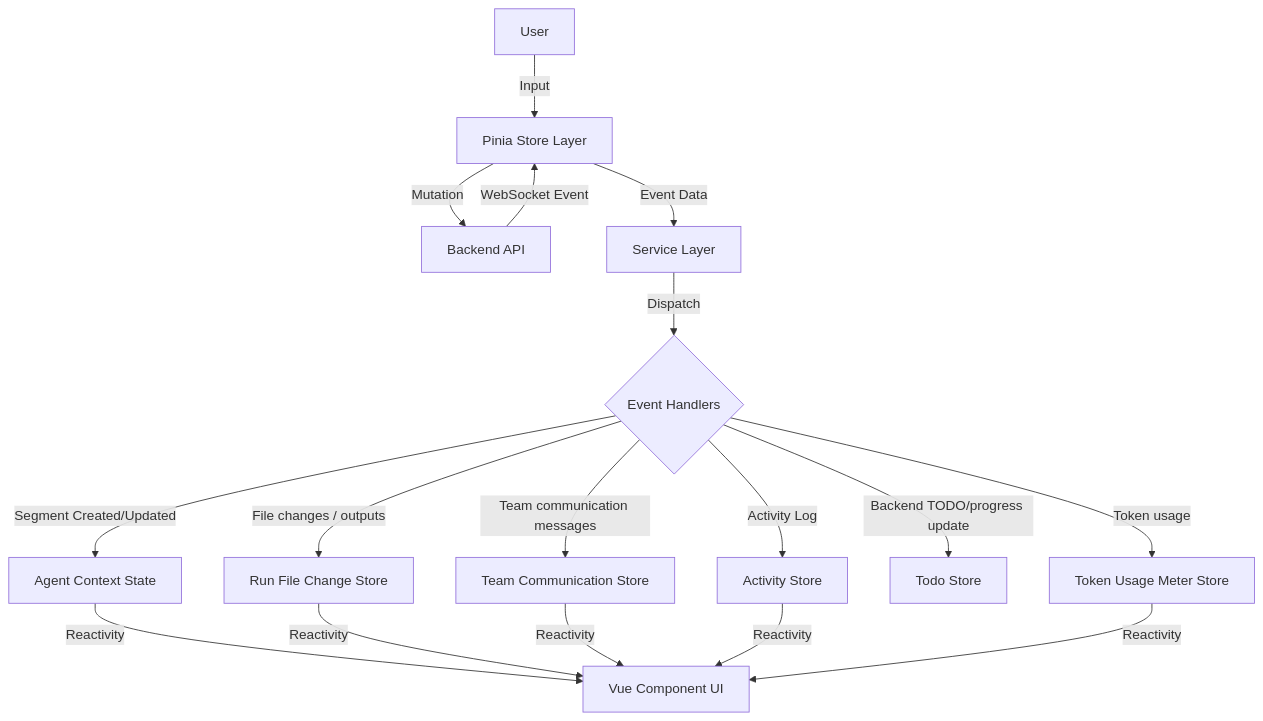
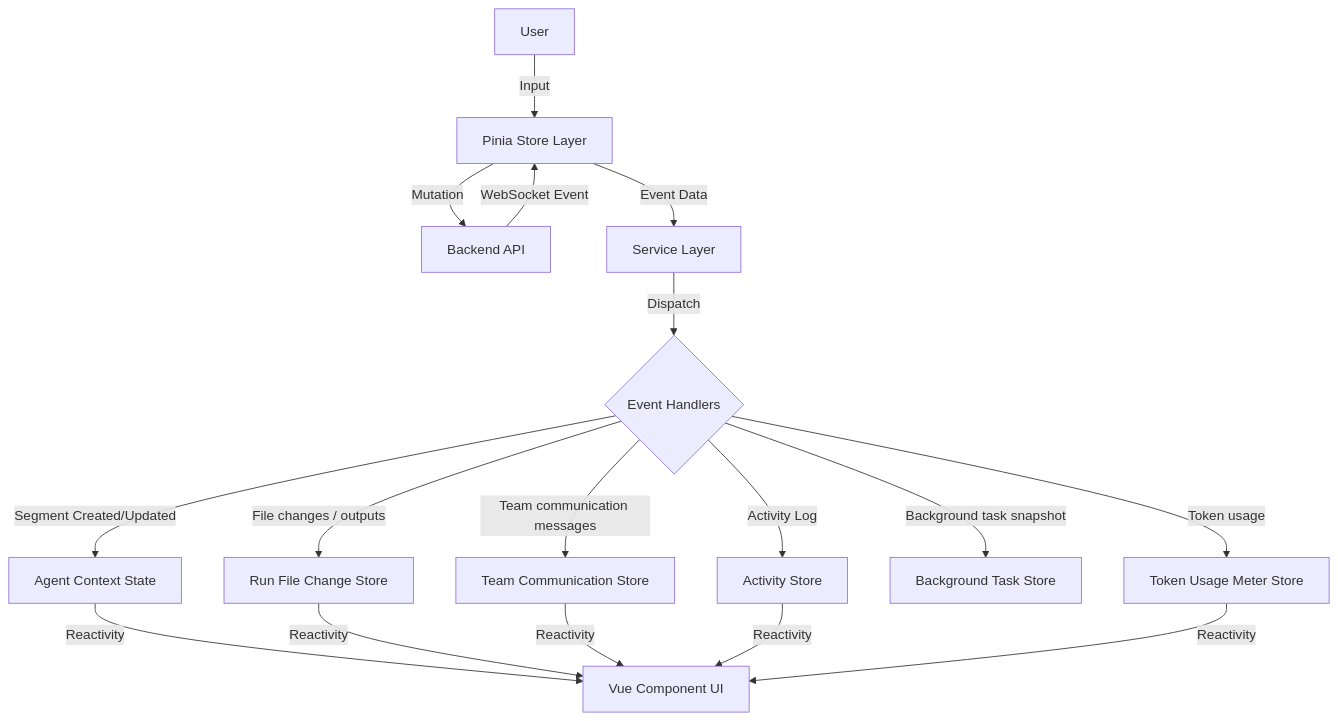
One commit to AutoByteus/autobyteus-workspace changed the diagram in autobyteus-web/docs/settings.md. Above: the diagram before and after it, drawn with Mermaid. The commit also changed other lines of this file and 113 other files, not shown here.

````diff
--- a/autobyteus-web/docs/settings.md
+++ b/autobyteus-web/docs/settings.md
@@ -254,22 +254,22 @@
 ```mermaid
 graph TD
     User-->|Input| Store[Pinia Store Layer]
     Store-->|Mutation| Backend[Backend API]
     Backend-->|WebSocket Event| Store
     Store-->|Event Data| Service[Service Layer]
 
     Service-->|Dispatch| Handler{Event Handlers}
 
     Handler-->|Segment Created/Updated| Context[Agent Context State]
     Handler-->|File changes / outputs| RunFileChangeStore[Run File Change Store]
     Handler-->|Team communication messages| TeamCommunicationStore[Team Communication Store]
     Handler-->|Activity Log| ActivityStore[Activity Store]
-    Handler-->|Backend TODO/progress update| TodoStore[Todo Store]
+    Handler-->|Background task snapshot| BackgroundTaskStore[Background Task Store]
     Handler-->|Token usage| UsageMeterStore[Token Usage Meter Store]
 
     Context-->|Reactivity| UI[Vue Component UI]
     RunFileChangeStore-->|Reactivity| UI
     TeamCommunicationStore-->|Reactivity| UI
     ActivityStore-->|Reactivity| UI
     UsageMeterStore-->|Reactivity| UI
 ```
````
